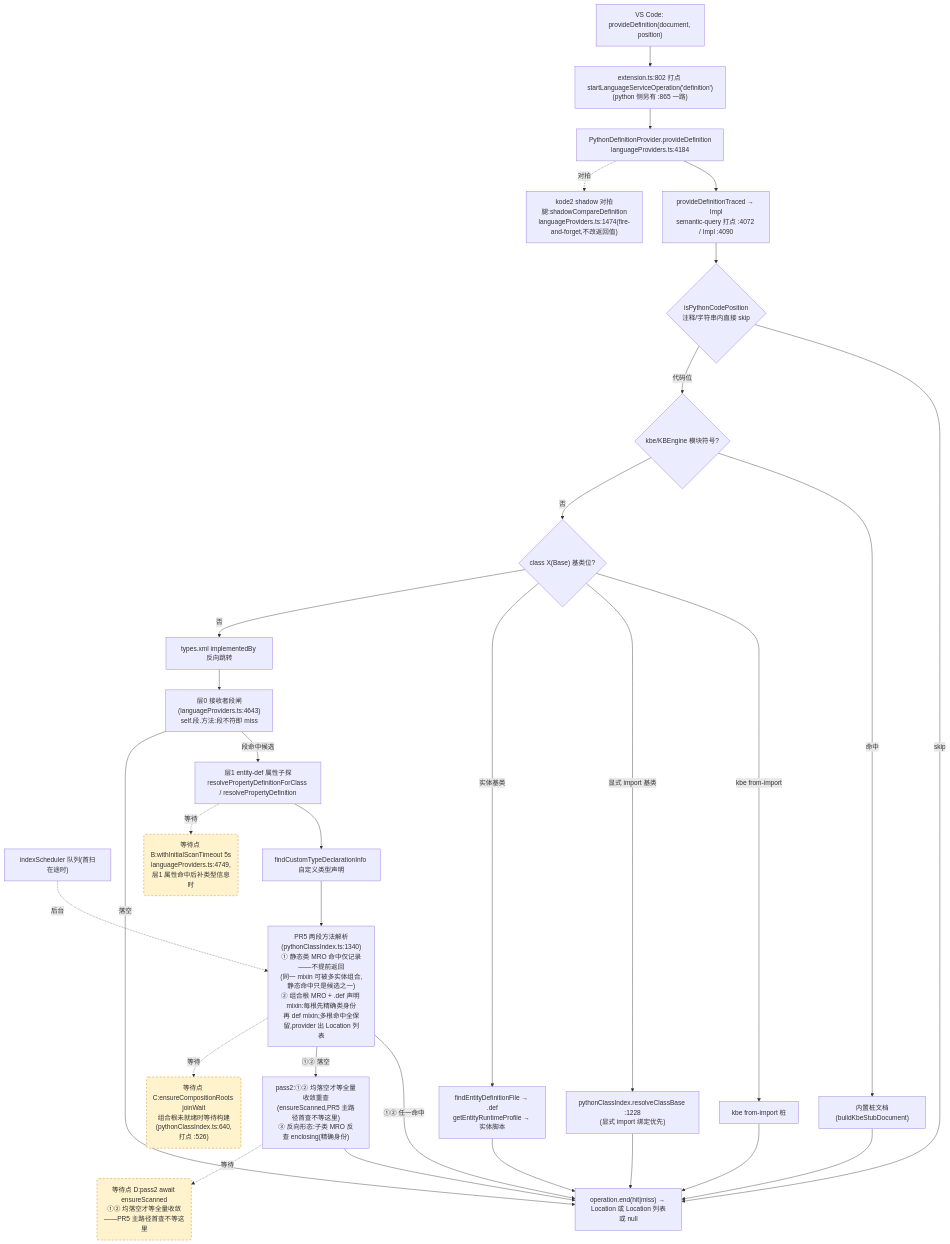
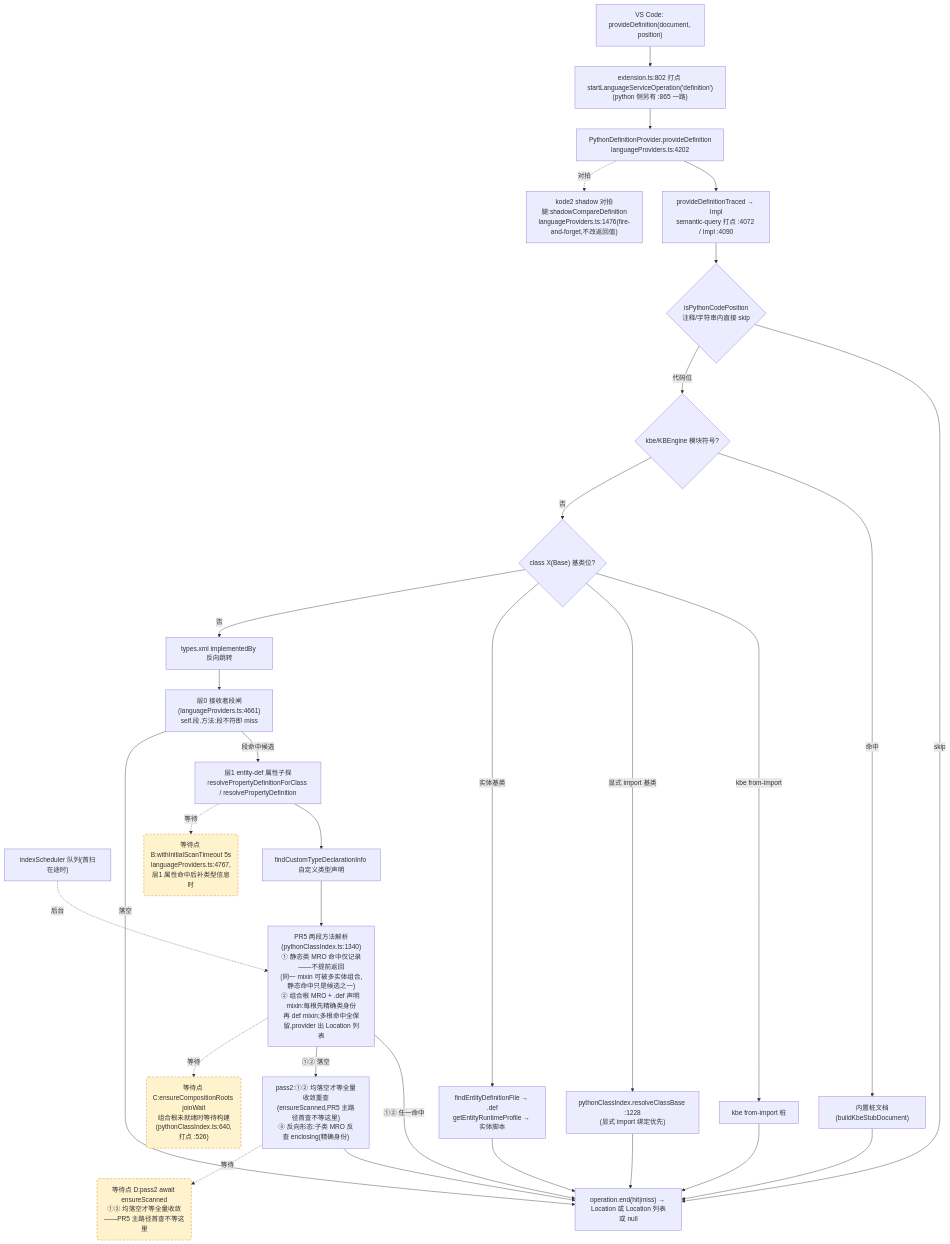
Before and after one commit to cuihairu/kode: the second of 4 diagrams in docs/perf/2026-baseline.md, drawn with Mermaid. The commit also changed other lines of this file and 4 other files, not shown here.

````diff
--- a/docs/perf/2026-baseline.md
+++ b/docs/perf/2026-baseline.md
@@ -130,51 +130,51 @@
 ```mermaid
 flowchart TD
   VC2["VS Code: provideDefinition(document, position)"]
   M2["extension.ts:802 打点 startLanguageServiceOperation('definition')<br/>(python 侧另有 :865 一路)"]
-  AD2["PythonDefinitionProvider.provideDefinition<br/>languageProviders.ts:4184"]
+  AD2["PythonDefinitionProvider.provideDefinition<br/>languageProviders.ts:4202"]
   TR["provideDefinitionTraced → Impl<br/>semantic-query 打点 :4072 / Impl :4090"]
   CTX{"isPythonCodePosition<br/>注释/字符串内直接 skip"}
   KBE{"kbe/KBEngine 模块符号?"}
   STUB["内置桩文档(buildKbeStubDocument)"]
   CB{"class X(Base) 基类位?"}
   CB1["kbe from-import 桩"]
   CB2["pythonClassIndex.resolveClassBase :1228<br/>(显式 import 绑定优先)"]
   CB3["findEntityDefinitionFile → .def<br/>getEntityRuntimeProfile → 实体脚本"]
   REV["types.xml implementedBy 反向跳转"]
-  L0["层0 接收者段闸(languageProviders.ts:4643)<br/>self.段.方法:段不符即 miss"]
+  L0["层0 接收者段闸(languageProviders.ts:4661)<br/>self.段.方法:段不符即 miss"]
   L1["层1 entity-def 属性子探<br/>resolvePropertyDefinitionForClass / resolvePropertyDefinition"]
   SCAN["indexScheduler 队列(首扫在途时)"]
   TY["findCustomTypeDeclarationInfo 自定义类型声明"]
   MRO["PR5 两段方法解析(pythonClassIndex.ts:1340)<br/>① 静态类 MRO 命中仅记录——不提前返回<br/>(同一 mixin 可被多实体组合,静态命中只是候选之一)<br/>② 组合根 MRO + .def 声明 mixin:每根先精确类身份<br/>再 def mixin;多根命中全保留,provider 出 Location 列表"]
   PASS2["pass2:①② 均落空才等全量收敛重查<br/>(ensureScanned,PR5 主路径首查不等这里)<br/>③ 反向形态:子类 MRO 反查 enclosing(精确身份)"]
-  SHD["kode2 shadow 对拍腿:shadowCompareDefinition<br/>languageProviders.ts:1474(fire-and-forget,不改返回值)"]
+  SHD["kode2 shadow 对拍腿:shadowCompareDefinition<br/>languageProviders.ts:1476(fire-and-forget,不改返回值)"]
   END2["operation.end(hit|miss) → Location 或 Location 列表或 null"]
 
   VC2 --> M2 --> AD2 --> TR --> CTX
   CTX -- "skip" --> END2
   CTX -- "代码位" --> KBE
   KBE -- "命中" --> STUB --> END2
   KBE -- "否" --> CB
   CB -- "kbe from-import" --> CB1 --> END2
   CB -- "显式 import 基类" --> CB2 --> END2
   CB -- "实体基类" --> CB3 --> END2
   CB -- "否" --> REV --> L0
   L0 -- "段命中候选" --> L1
   L0 -- "落空" --> END2
   L1 --> TY
   TY --> MRO
   MRO -- "①② 任一命中" --> END2
   MRO -- "①② 落空" --> PASS2 --> END2
   AD2 -.->|对拍| SHD
 
-  WAITB("等待点 B:withInitialScanTimeout 5s<br/>languageProviders.ts:4749,层1 属性命中后补类型信息时")
+  WAITB("等待点 B:withInitialScanTimeout 5s<br/>languageProviders.ts:4767,层1 属性命中后补类型信息时")
   WAITC("等待点 C:ensureCompositionRoots joinWait<br/>组合根未就绪时等待构建(pythonClassIndex.ts:640,打点 :526)")
   WAITD("等待点 D:pass2 await ensureScanned<br/>①② 均落空才等全量收敛——PR5 主路径首查不等这里")
   L1 -.->|等待| WAITB
   MRO -.->|等待| WAITC
   PASS2 -.->|等待| WAITD
   SCAN -.->|后台| MRO
 
   classDef waitPoint fill:#fff3cd,stroke:#d97706,stroke-dasharray:5 4;
   class WAITB,WAITC,WAITD waitPoint;
 ```
````
